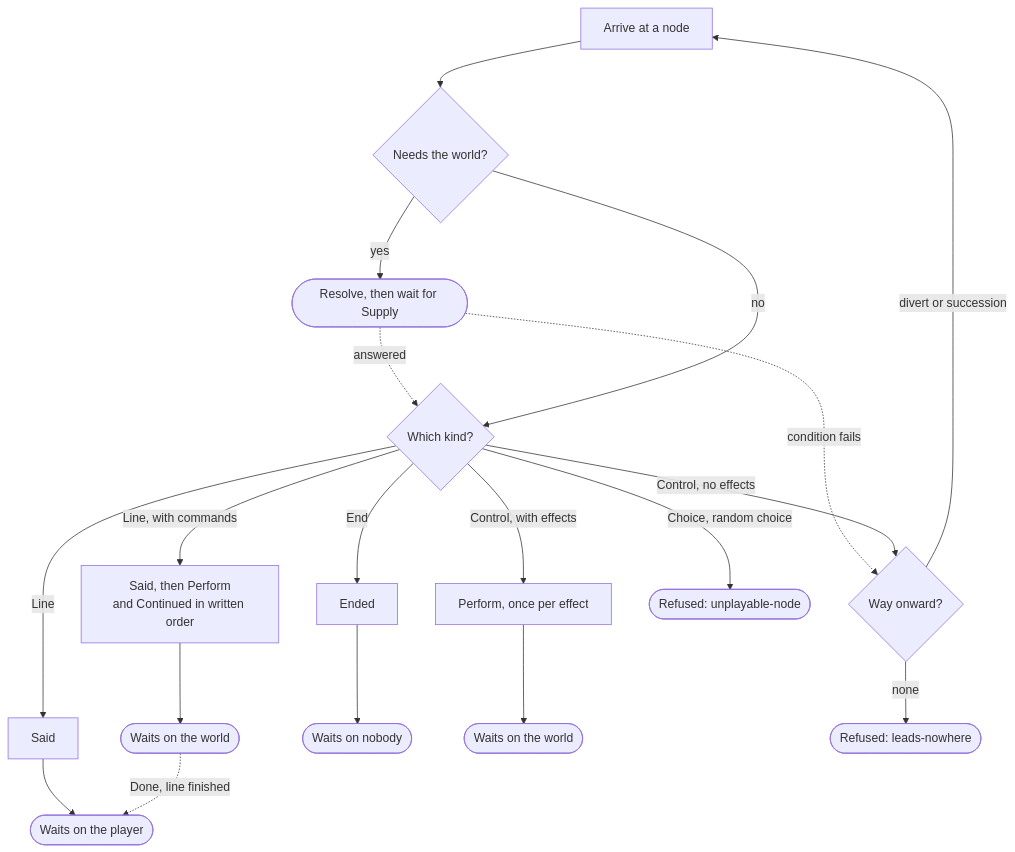
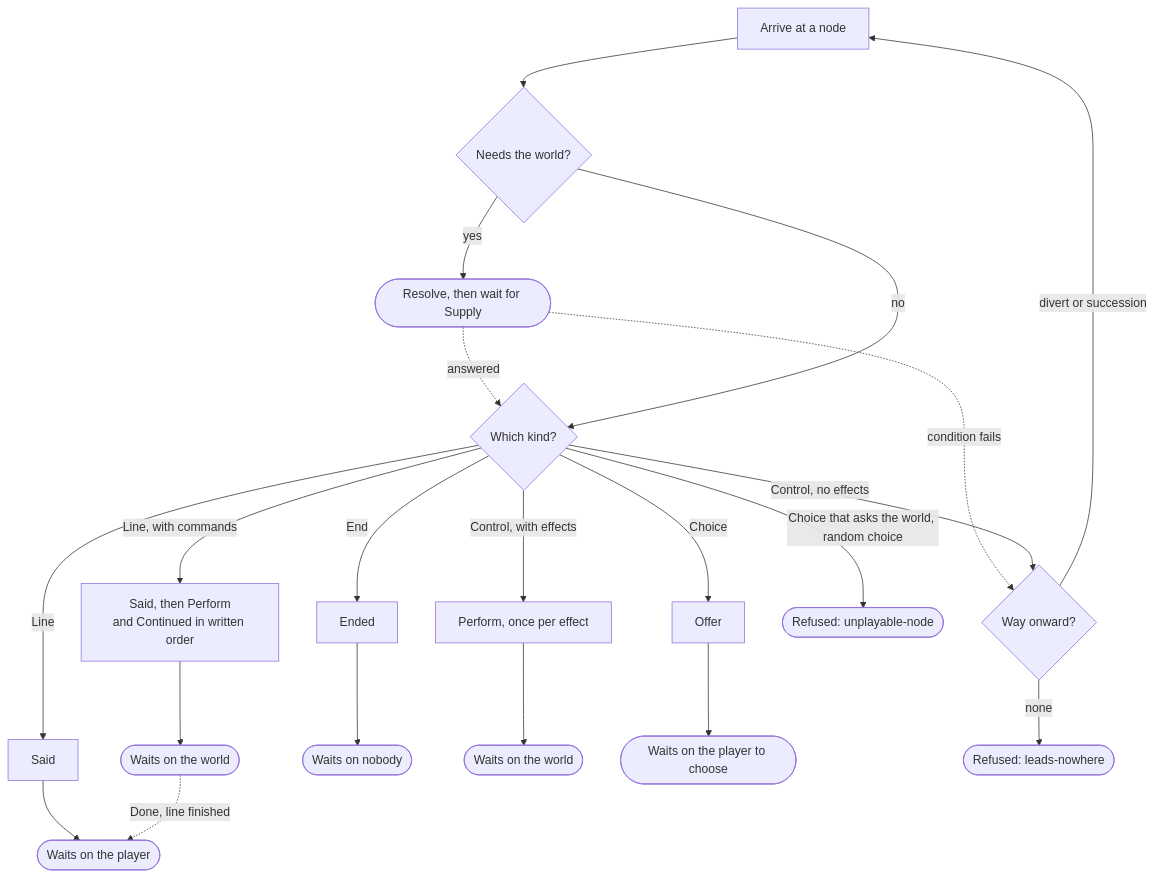
Before and after one commit to pengzhengyi/dialoguedown: the second of 2 diagrams in docs/contributing/design-notes/runtime/Runner.md, drawn with Mermaid. The commit also changed other lines of this file and 112 other files, not shown here.

First line of the commit message:
feat(runtime)!: offer a menu and take the player's choice (#566)

````diff
--- a/docs/contributing/design-notes/runtime/Runner.md
+++ b/docs/contributing/design-notes/runtime/Runner.md
@@ -148,17 +163,18 @@
 ```mermaid
 flowchart TD
     Arrive["Arrive at a node"] --> Cond{"Needs the world?"}
     Cond -->|yes| Resolve(["Resolve, then wait for Supply"])
     Resolve -.->|"condition fails"| Onward
     Resolve -.->|"answered"| Kind
     Cond -->|no| Kind{"Which kind?"}
     Kind -->|Line| Say["Said"] --> Player(["Waits on the player"])
     Kind -->|"Line, with commands"| Speak["Said, then Perform<br/>and Continued in written order"] --> LineWorld(["Waits on the world"])
     LineWorld -.->|"Done, line finished"| Player
     Kind -->|End| Over["Ended"] --> Nobody(["Waits on nobody"])
     Kind -->|"Control, with effects"| Ask["Perform, once per effect"] --> World(["Waits on the world"])
     Kind -->|"Control, no effects"| Onward{"Way onward?"}
-    Kind -->|"Choice, random choice"| RefuseK(["Refused: unplayable-node"])
+    Kind -->|Choice| Offer["Offer"] --> Chooser(["Waits on the player to choose"])
+    Kind -->|"Choice that asks the world, random choice"| RefuseK(["Refused: unplayable-node"])
     Onward -->|"divert or succession"| Arrive
     Onward -->|none| RefuseN(["Refused: leads-nowhere"])
 ```
````
